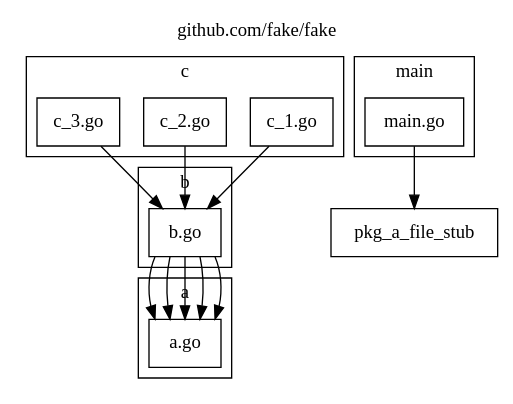
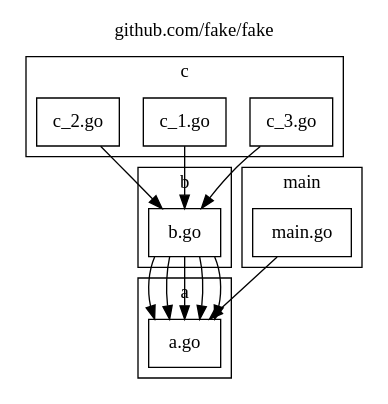
Before and after one commit to samlitowitz/godepvis: the diagram in assets/examples/with-generics/file.dot, drawn with Graphviz. The commit also changed 25 other files, not shown here.

```diff
--- a/assets/examples/with-generics/file.dot
+++ b/assets/examples/with-generics/file.dot
@@ -1,54 +1,54 @@
 digraph {
 	labelloc="t";
 	label="github.com/fake/fake";
 	rankdir="TB";
 	node [shape="rect"];
 
 	subgraph "cluster_pkg_a" {
 		label="a";
 		style="filled";
 		fontcolor="#000000";
 		fillcolor="#ffffff";
 
 		"pkg_a_file_a" [label="a.go", style="filled", fontcolor="#000000", fillcolor="#ffffff"];
 	};
 
 	subgraph "cluster_pkg_b" {
 		label="b";
 		style="filled";
 		fontcolor="#000000";
 		fillcolor="#ffffff";
 
 		"pkg_b_file_b" [label="b.go", style="filled", fontcolor="#000000", fillcolor="#ffffff"];
 	};
 
 	subgraph "cluster_pkg_c" {
 		label="c";
 		style="filled";
 		fontcolor="#000000";
 		fillcolor="#ffffff";
 
+		"pkg_c_file_c_3" [label="c_3.go", style="filled", fontcolor="#000000", fillcolor="#ffffff"];
 		"pkg_c_file_c_1" [label="c_1.go", style="filled", fontcolor="#000000", fillcolor="#ffffff"];
 		"pkg_c_file_c_2" [label="c_2.go", style="filled", fontcolor="#000000", fillcolor="#ffffff"];
-		"pkg_c_file_c_3" [label="c_3.go", style="filled", fontcolor="#000000", fillcolor="#ffffff"];
 	};
 
 	subgraph "cluster_pkg_main" {
 		label="main";
 		style="filled";
 		fontcolor="#000000";
 		fillcolor="#ffffff";
 
 		"pkg_main_file_main" [label="main.go", style="filled", fontcolor="#000000", fillcolor="#ffffff"];
 	};
 
 	"pkg_b_file_b" -> "pkg_a_file_a" [color="#000000"];
 	"pkg_b_file_b" -> "pkg_a_file_a" [color="#000000"];
 	"pkg_b_file_b" -> "pkg_a_file_a" [color="#000000"];
 	"pkg_b_file_b" -> "pkg_a_file_a" [color="#000000"];
 	"pkg_b_file_b" -> "pkg_a_file_a" [color="#000000"];
-	"pkg_c_file_c_1" -> "pkg_b_file_b" [color="#000000"];
 	"pkg_c_file_c_2" -> "pkg_b_file_b" [color="#000000"];
 	"pkg_c_file_c_3" -> "pkg_b_file_b" [color="#000000"];
-	"pkg_main_file_main" -> "pkg_a_file_stub" [color="#000000"];
+	"pkg_c_file_c_1" -> "pkg_b_file_b" [color="#000000"];
+	"pkg_main_file_main" -> "pkg_a_file_a" [color="#000000"];
 }
```
